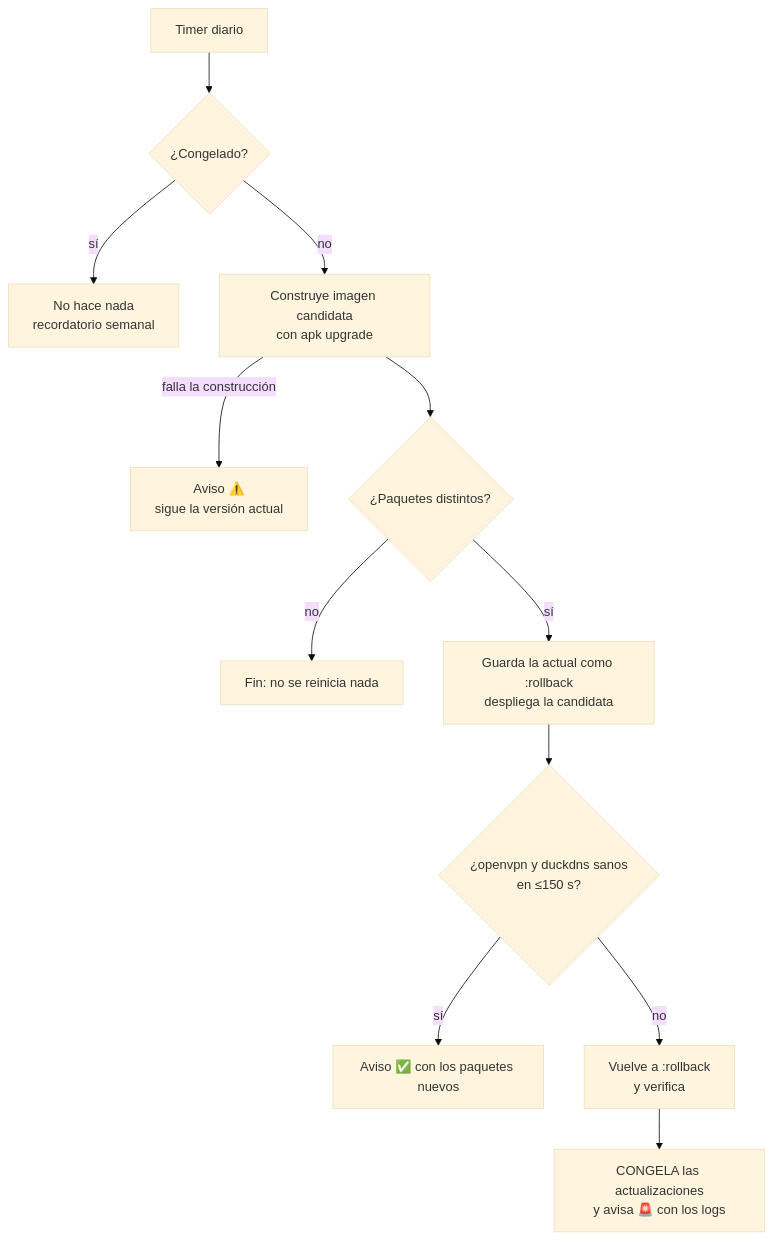
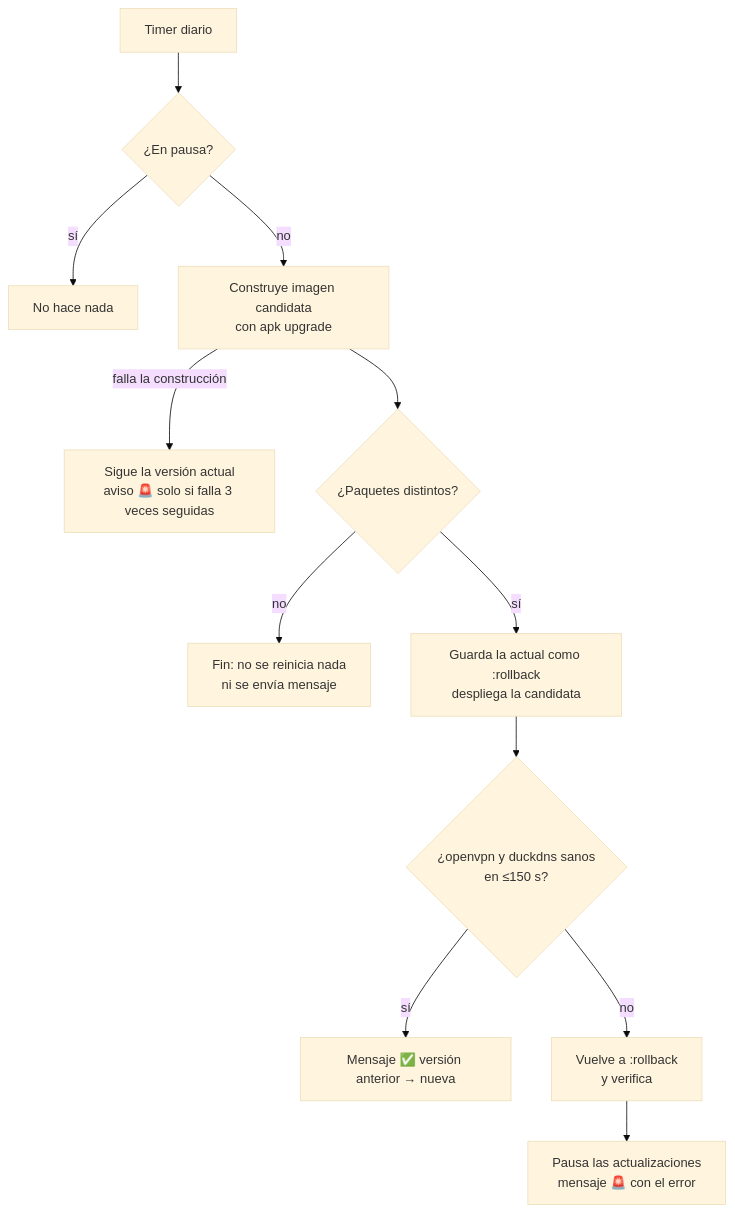
One commit to editech-dev/openvpn changed the diagram in docs/AUTO-UPDATE.md. Above: the diagram before and after it, drawn with Mermaid (base theme). The commit also changed other lines of this file and 9 other files, not shown here.

First line of the commit message:
feat(avisos): publicar solo 'versión nueva instalada' y 'error al actualizar', con versión anterior → nueva

````diff
--- a/docs/AUTO-UPDATE.md
+++ b/docs/AUTO-UPDATE.md
@@ -17,14 +19,14 @@
 ```mermaid
 flowchart TD
-    T[Timer diario] --> F{¿Congelado?}
-    F -- sí --> R[No hace nada<br/>recordatorio semanal]
+    T[Timer diario] --> F{¿En pausa?}
+    F -- sí --> R[No hace nada]
     F -- no --> B[Construye imagen candidata<br/>con apk upgrade]
-    B -- falla la construcción --> W[Aviso ⚠️<br/>sigue la versión actual]
+    B -- falla la construcción --> W[Sigue la versión actual<br/>aviso 🚨 solo si falla 3 veces seguidas]
     B --> C{¿Paquetes distintos?}
-    C -- no --> N[Fin: no se reinicia nada]
+    C -- no --> N[Fin: no se reinicia nada<br/>ni se envía mensaje]
     C -- sí --> D[Guarda la actual como :rollback<br/>despliega la candidata]
     D --> V{¿openvpn y duckdns sanos<br/>en ≤150 s?}
-    V -- sí --> OK[Aviso ✅ con los paquetes nuevos]
+    V -- sí --> OK[Mensaje ✅ versión anterior → nueva]
     V -- no --> RB[Vuelve a :rollback<br/>y verifica]
-    RB --> Z[CONGELA las actualizaciones<br/>y avisa 🚨 con los logs]
+    RB --> Z[Pausa las actualizaciones<br/>mensaje 🚨 con el error]
 ```
````
